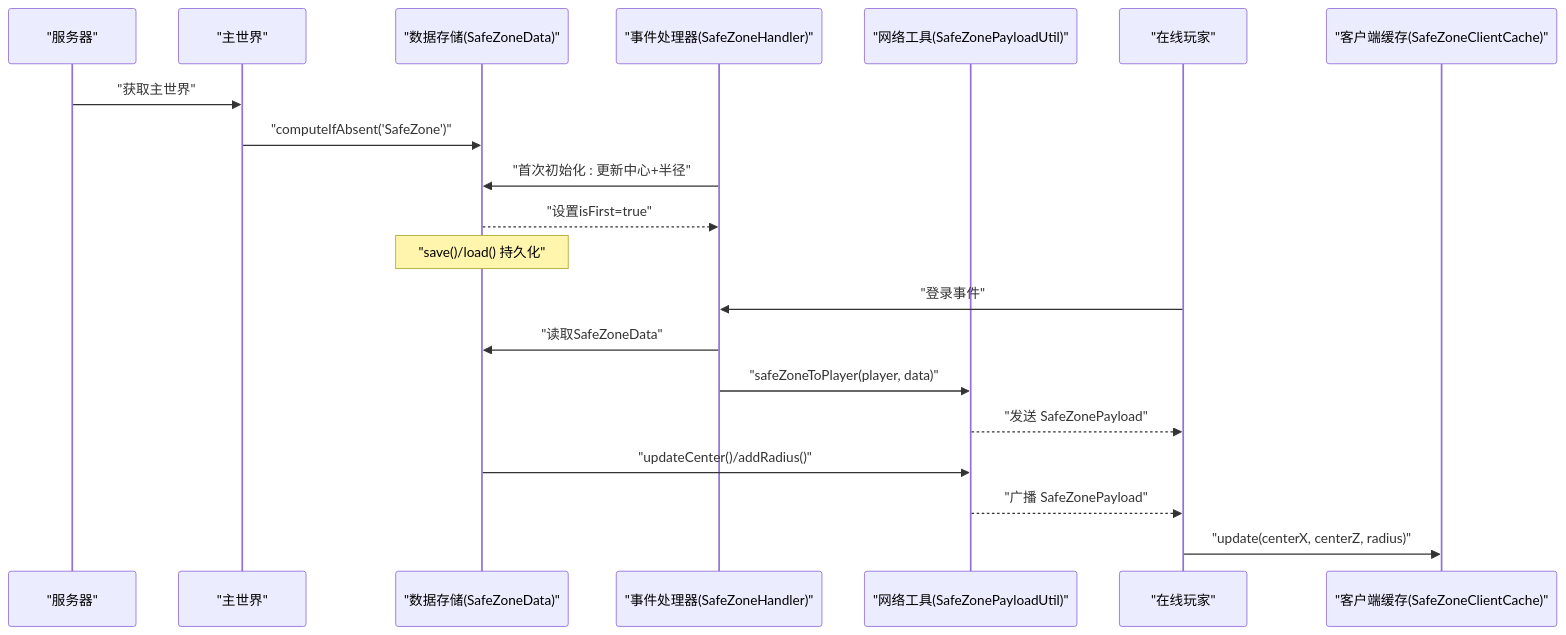
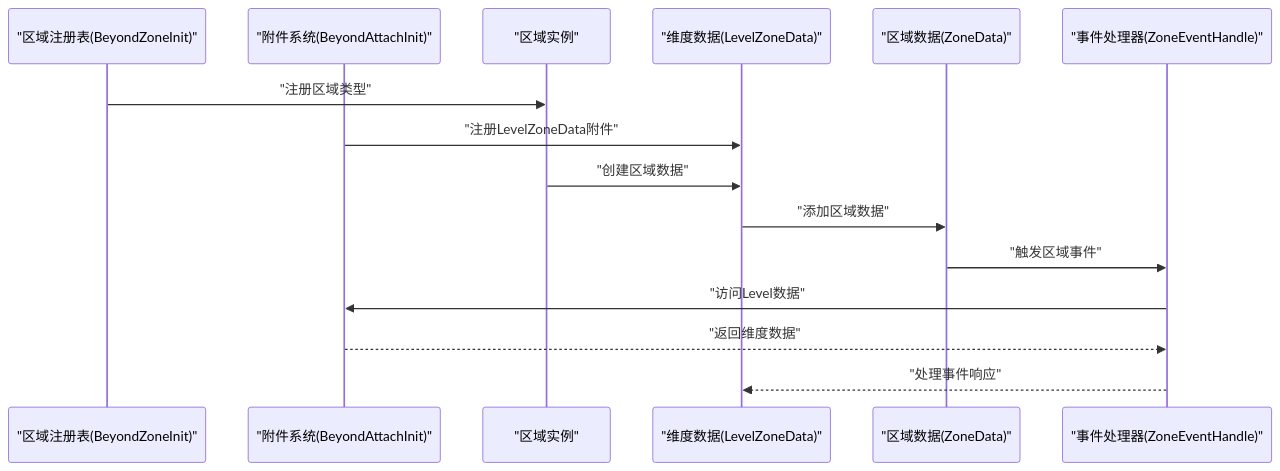
The second of 9 diagrams in .qoder/repowiki/zh/content/模块架构/Beyond安全区模块/安全区数据模型.md (Ver-shift/SubModulesGeneHunter), drawn with Mermaid before and after one commit. The commit also changed other lines of this file and 42 other files, not shown here.

````diff
--- a/.qoder/repowiki/zh/content/模块架构/Beyond安全区模块/安全区数据模型.md
+++ b/.qoder/repowiki/zh/content/模块架构/Beyond安全区模块/安全区数据模型.md
@@ -131,22 +152,17 @@
 ```mermaid
 sequenceDiagram
-participant Server as "服务器"
-participant Overworld as "主世界"
-participant Storage as "数据存储(SafeZoneData)"
-participant Handler as "事件处理器(SafeZoneHandler)"
-participant Util as "网络工具(SafeZonePayloadUtil)"
-participant Player as "在线玩家"
-participant ClientCache as "客户端缓存(SafeZoneClientCache)"
-Server->>Overworld : "获取主世界"
-Overworld->>Storage : "computeIfAbsent('SafeZone')"
-Handler->>Storage : "首次初始化 : 更新中心+半径"
-Storage-->>Handler : "设置isFirst=true"
-note over Storage : "save()/load() 持久化"
-Player->>Handler : "登录事件"
-Handler->>Storage : "读取SafeZoneData"
-Handler->>Util : "safeZoneToPlayer(player, data)"
-Util-->>Player : "发送 SafeZonePayload"
-Storage->>Util : "updateCenter()/addRadius()"
-Util-->>Player : "广播 SafeZonePayload"
-Player->>ClientCache : "update(centerX, centerZ, radius)"
+participant Registry as "区域注册表(BeyondZoneInit)"
+participant Attach as "附件系统(BeyondAttachInit)"
+participant Zone as "区域实例"
+participant LevelData as "维度数据(LevelZoneData)"
+participant ZoneData as "区域数据(ZoneData)"
+participant Event as "事件处理器(ZoneEventHandle)"
+Registry->>Zone : "注册区域类型"
+Attach->>LevelData : "注册LevelZoneData附件"
+Zone->>LevelData : "创建区域数据"
+LevelData->>ZoneData : "添加区域数据"
+ZoneData->>Event : "触发区域事件"
+Event->>Attach : "访问Level数据"
+Attach-->>Event : "返回维度数据"
+Event-->>LevelData : "处理事件响应"
 ```
````
